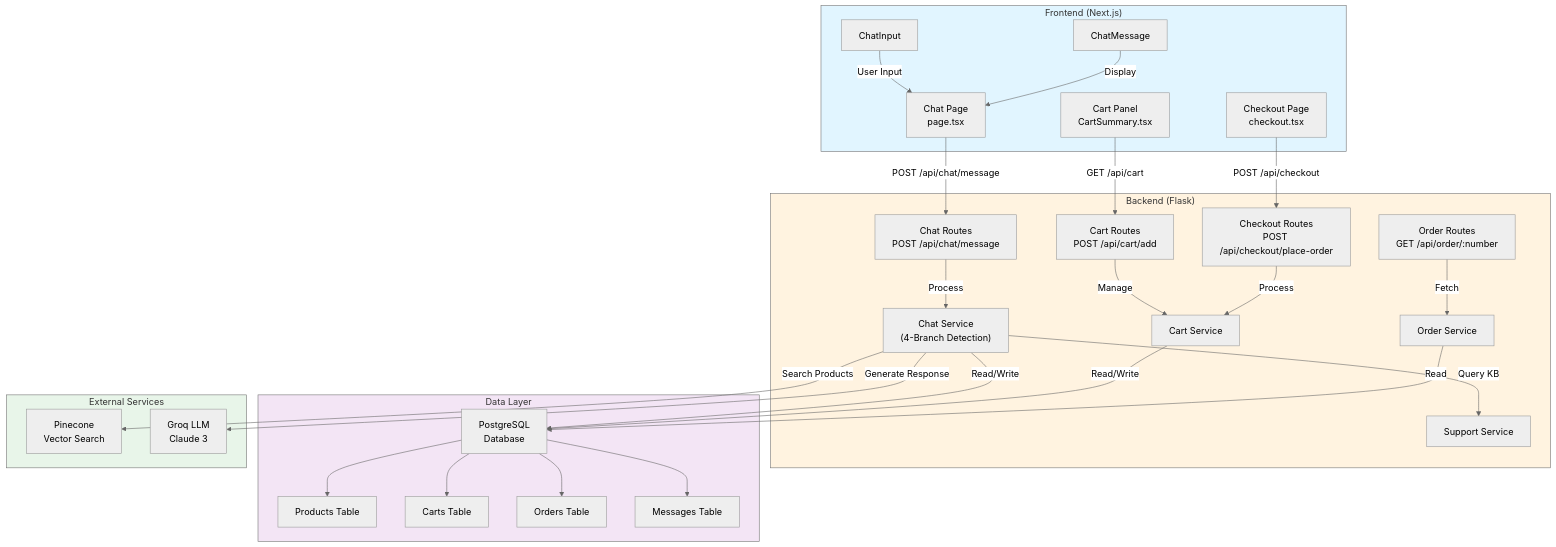
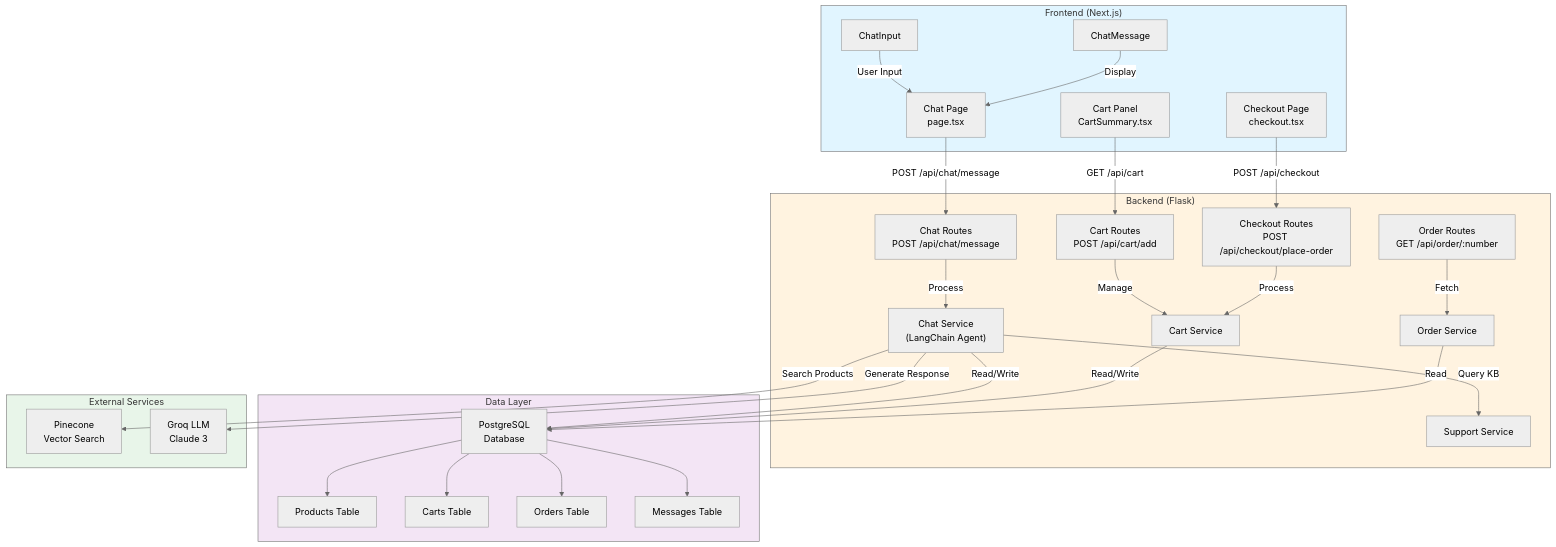
Before and after one commit to moafiif01/ecommerce_AI_agent: the first of 12 diagrams in DIAGRAMS.md, drawn with Mermaid (neutral theme). The commit also changed other lines of this file and 2 other files, not shown here.

Commit message:
docs: update system diagrams and project outlines to reflect autonomous tooling architecture

````diff
--- a/DIAGRAMS.md
+++ b/DIAGRAMS.md
@@ -5,64 +5,64 @@
 ```mermaid
 graph TB
     subgraph Frontend["Frontend (Next.js)"]
         Chat["Chat Page<br/>page.tsx"]
         Checkout["Checkout Page<br/>checkout.tsx"]
         Cart["Cart Panel<br/>CartSummary.tsx"]
         Input["ChatInput"]
         Message["ChatMessage"]
     end
 
     subgraph Backend["Backend (Flask)"]
         ChatRoute["Chat Routes<br/>POST /api/chat/message"]
         CartRoute["Cart Routes<br/>POST /api/cart/add"]
         CheckoutRoute["Checkout Routes<br/>POST /api/checkout/place-order"]
         OrderRoute["Order Routes<br/>GET /api/order/:number"]
         
-        ChatService["Chat Service<br/>(4-Branch Detection)"]
+        ChatService["Chat Service<br/>(LangChain Agent)"]
         CartService["Cart Service"]
         OrderService["Order Service"]
         SupportService["Support Service"]
     end
 
     subgraph Database["Data Layer"]
         PostgreSQL["PostgreSQL<br/>Database"]
         Products["Products Table"]
         Carts["Carts Table"]
         Orders["Orders Table"]
         Messages["Messages Table"]
     end
 
     subgraph External["External Services"]
         Pinecone["Pinecone<br/>Vector Search"]
         Groq["Groq LLM<br/>Claude 3"]
     end
 
     Chat -->|"POST /api/chat/message"| ChatRoute
     Input -->|"User Input"| Chat
     Message -->|"Display"| Chat
     Cart -->|"GET /api/cart"| CartRoute
     Checkout -->|"POST /api/checkout"| CheckoutRoute
 
     ChatRoute -->|"Process"| ChatService
     CartRoute -->|"Manage"| CartService
     CheckoutRoute -->|"Process"| CartService
     OrderRoute -->|"Fetch"| OrderService
 
     ChatService -->|"Search Products"| Pinecone
     ChatService -->|"Generate Response"| Groq
     ChatService -->|"Query KB"| SupportService
 
     ChatService -->|"Read/Write"| PostgreSQL
     CartService -->|"Read/Write"| PostgreSQL
     OrderService -->|"Read"| PostgreSQL
 
     PostgreSQL --> Products
     PostgreSQL --> Carts
     PostgreSQL --> Orders
     PostgreSQL --> Messages
 
     style Frontend fill:#e1f5ff
     style Backend fill:#fff3e0
     style Database fill:#f3e5f5
     style External fill:#e8f5e9
 ```
````
